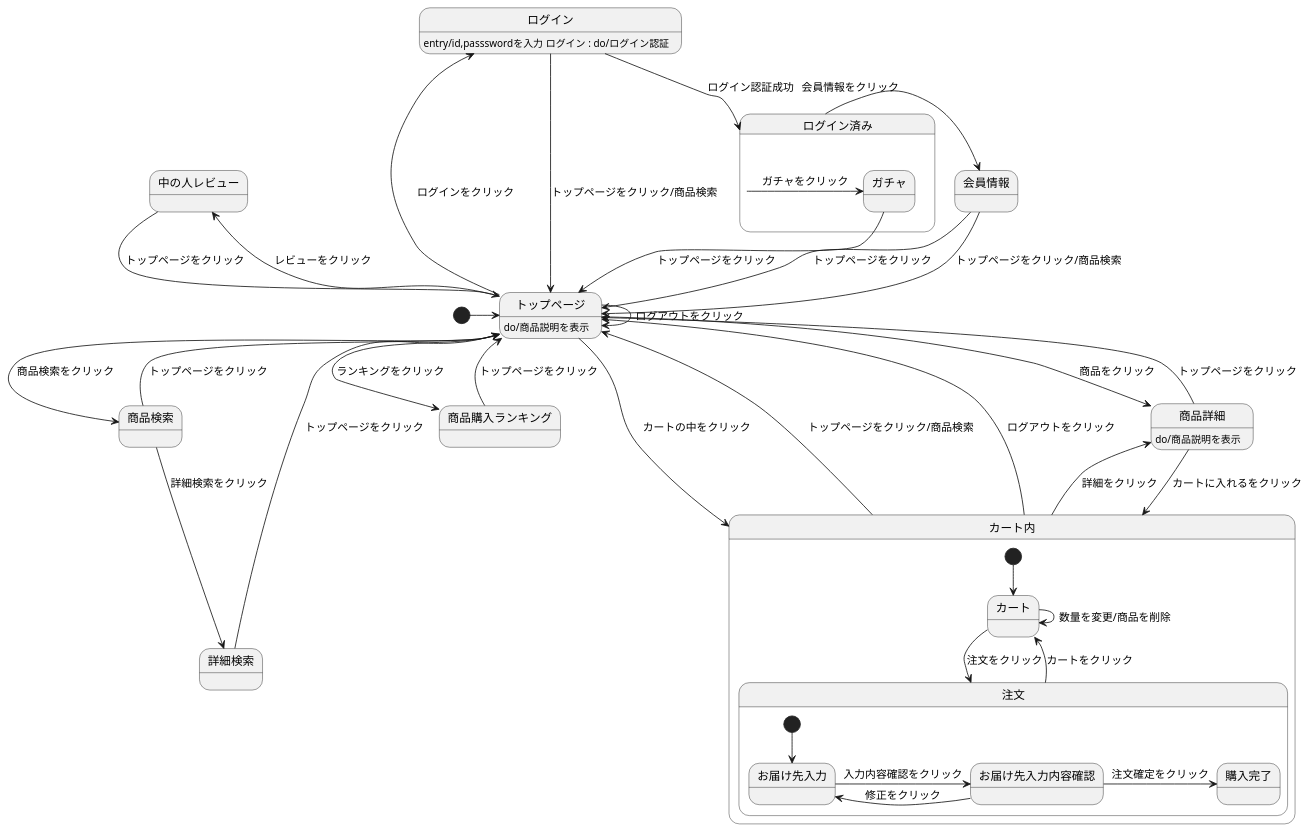
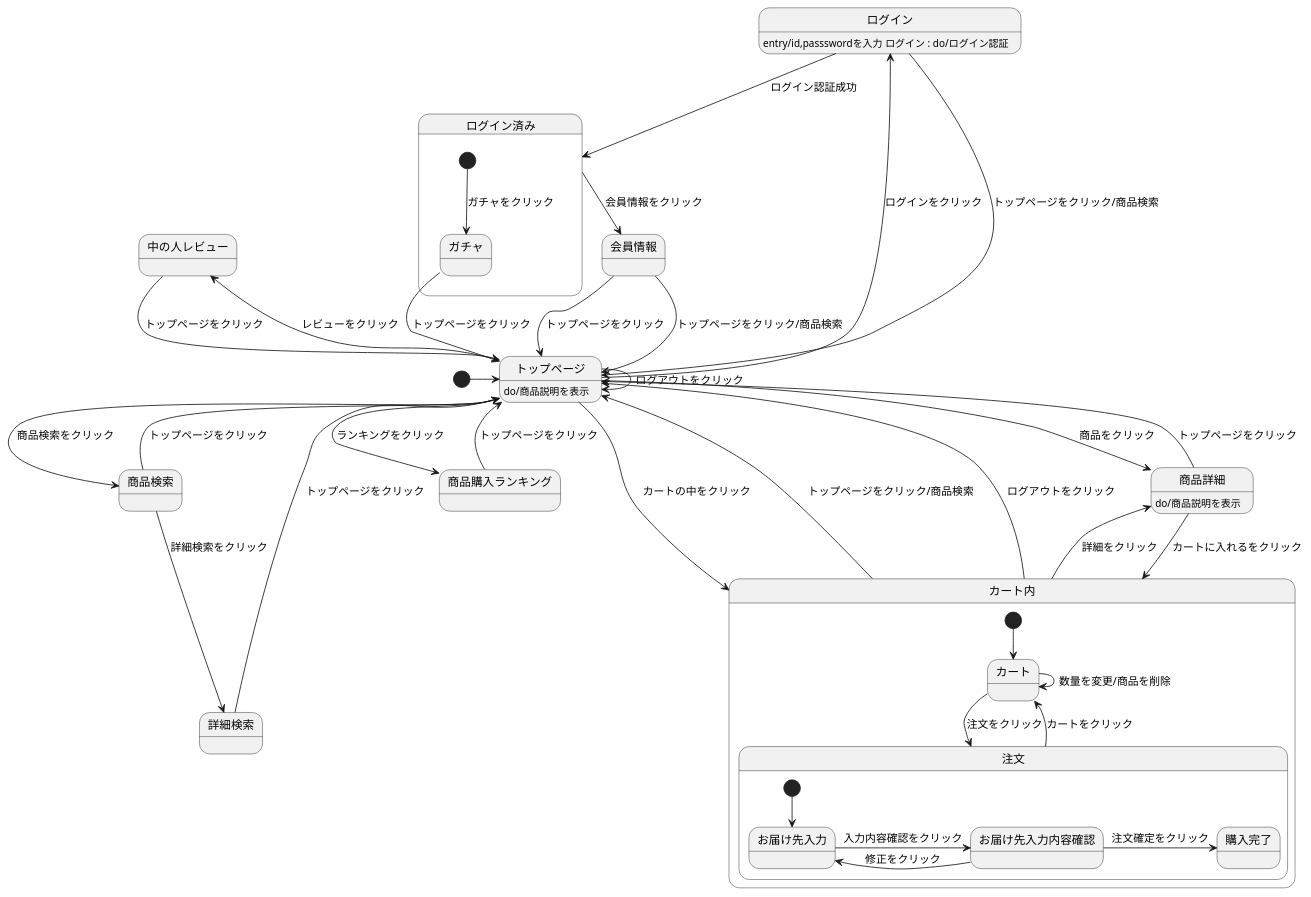
The diagram in 4_01.md (Aso2001220/2021sys-design), drawn with PlantUML before and after one commit.

````diff
--- a/4_01.md
+++ b/4_01.md
@@ -1,47 +1,47 @@
 ```uml
 @startuml
 
 [*] -> トップページ
 会員情報 --> トップページ : トップページをクリック/商品検索
 ログイン --> トップページ : トップページをクリック/商品検索
 ログイン --> ログイン済み : ログイン認証成功
 ログイン : entry/id,passswordを入力 ログイン : do/ログイン認証
 state ログイン済み{
 ログイン済み -> 会員情報 : 会員情報をクリック
-ログイン済み -> ガチャ : ガチャをクリック
+ [*] --> ガチャ : ガチャをクリック
 ガチャ --> トップページ : トップページをクリック
 会員情報 --> トップページ : トップページをクリック
 }
 トップページ --> トップページ : ログアウトをクリック
 トップページ -> 商品検索 : 商品検索をクリック
 トップページ -> 商品詳細 : 商品をクリック
 トップページ -left-> ログイン : ログインをクリック
 トップページ -left-> 中の人レビュー : レビューをクリック
 トップページ -> 商品購入ランキング : ランキングをクリック
 トップページ --> カート内 : カートの中をクリック
 トップページ : do/商品説明を表示
 商品詳細 --> カート内 : カートに入れるをクリック
 商品詳細 --> トップページ : トップページをクリック
 商品詳細 : do/商品説明を表示
 カート内 -up-> トップページ : トップページをクリック/商品検索
 カート内 -up-> トップページ : ログアウトをクリック
 カート内 -> 商品詳細 : 詳細をクリック
 中の人レビュー --> トップページ : トップページをクリック
 商品検索 --> 詳細検索 : 詳細検索をクリック
 商品検索 --> トップページ : トップページをクリック
 詳細検索 --> トップページ : トップページをクリック
 商品購入ランキング --> トップページ : トップページをクリック
 state カート内{
 [*] --> カート 
 カート -> 注文 : 注文をクリック
 カート -> カート : 数量を変更/商品を削除
 注文 --> カート : カートをクリック
 state 注文{ 
 [*] --> お届け先入力
 お届け先入力 -> お届け先入力内容確認 : 入力内容確認をクリック
 お届け先入力内容確認 -> お届け先入力 : 修正をクリック
 お届け先入力内容確認 -> 購入完了 : 注文確定をクリック
 } 
 }
 @enduml
 ```
````
